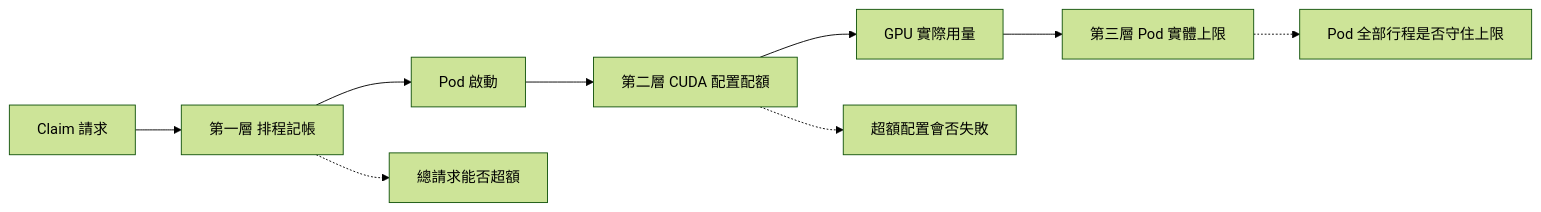
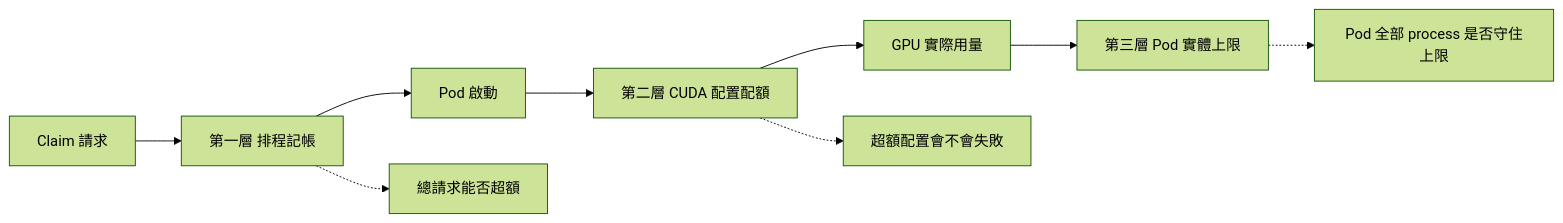
Before and after one commit to Daniel77871/dra-gpu-sharing-in-practice: the first of 3 diagrams in book/04-isolation/README.md, drawn with Mermaid (forest theme). The commit also changed other lines of this file and 80 other files, not shown here.

````diff
--- a/book/04-isolation/README.md
+++ b/book/04-isolation/README.md
@@ -15,11 +15,11 @@
 ```mermaid
 flowchart LR
     C["Claim 請求"] --> S["第一層 排程記帳"]
     S --> P["Pod 啟動"]
     P --> A["第二層 CUDA 配置配額"]
     A --> G["GPU 實際用量"]
     G --> O["第三層 Pod 實體上限"]
     S -.-> Q1["總請求能否超額"]
-    A -.-> Q2["超額配置會否失敗"]
-    O -.-> Q3["Pod 全部行程是否守住上限"]
+    A -.-> Q2["超額配置會不會失敗"]
+    O -.-> Q3["Pod 全部 process 是否守住上限"]
 ```
````
